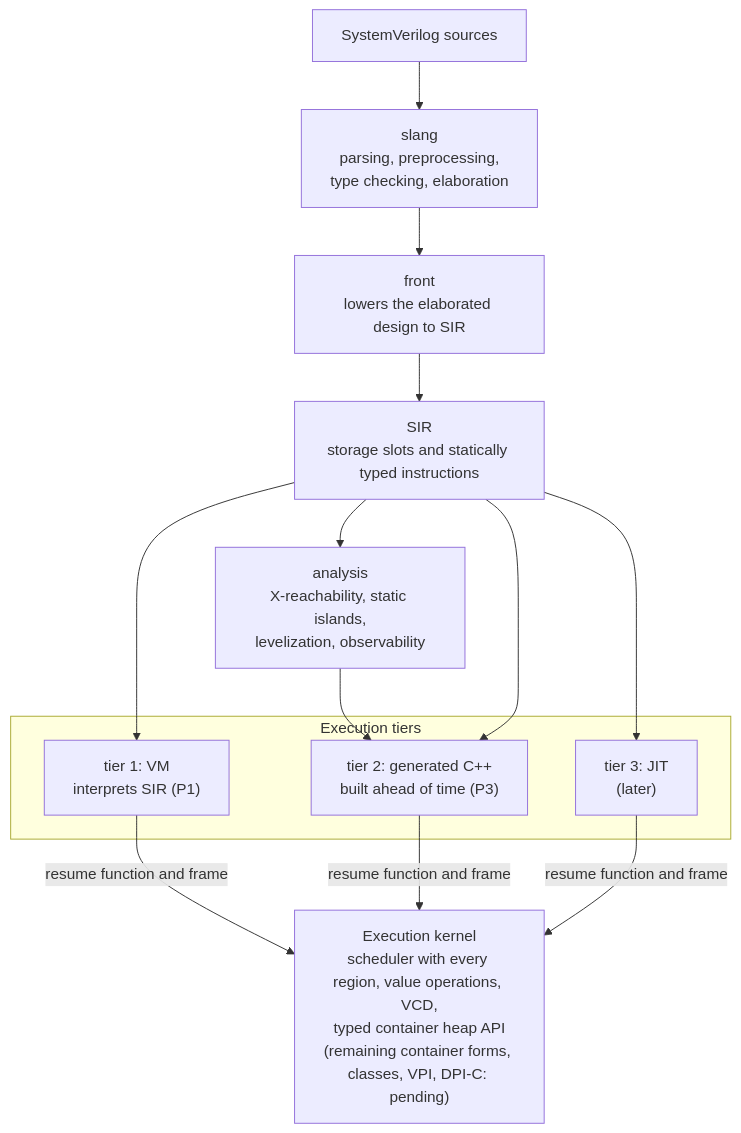
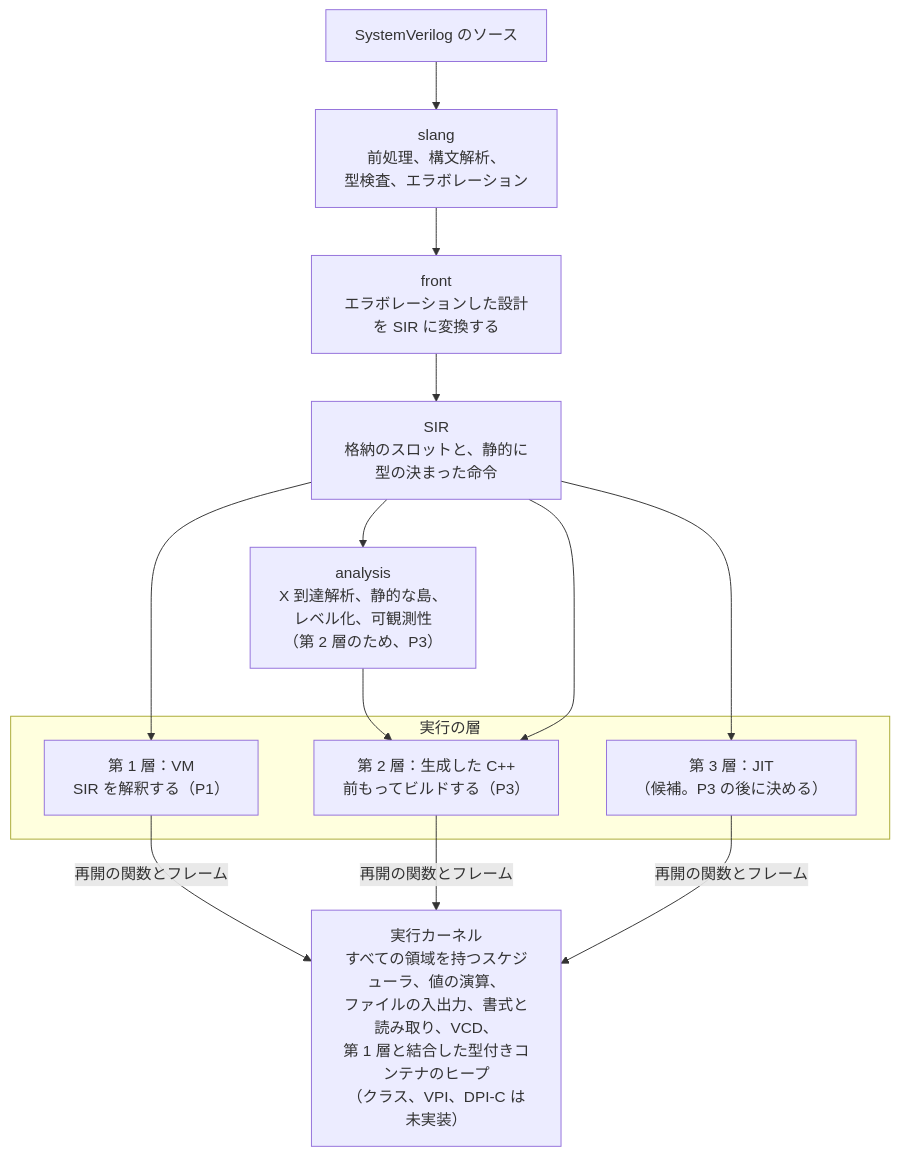
The diagram in README.ja.md (kurochan001/kirimasim), drawn with Mermaid before and after one commit. The commit also changed 3 other files, not shown here.

First line of the commit message:
Correct the How it works diagram, and make its four copies agree

````diff
--- a/README.ja.md
+++ b/README.ja.md
@@ -566,22 +566,22 @@
 ```mermaid
 flowchart TD
-    src["SystemVerilog sources"]
-    slang["slang<br/>parsing, preprocessing,<br/>type checking, elaboration"]
-    front["front<br/>lowers the elaborated design to SIR"]
-    sir["SIR<br/>storage slots and statically typed instructions"]
-    analysis["analysis<br/>X-reachability, static islands,<br/>levelization, observability"]
-    subgraph tiers["Execution tiers"]
-        t1["tier 1: VM<br/>interprets SIR (P1)"]
-        t2["tier 2: generated C++<br/>built ahead of time (P3)"]
-        t3["tier 3: JIT<br/>(later)"]
+    src["SystemVerilog のソース"]
+    slang["slang<br/>前処理、構文解析、<br/>型検査、エラボレーション"]
+    front["front<br/>エラボレーションした設計を SIR に変換する"]
+    sir["SIR<br/>格納のスロットと、静的に型の決まった命令"]
+    analysis["analysis<br/>X 到達解析、静的な島、<br/>レベル化、可観測性<br/>（第 2 層のため、P3）"]
+    subgraph tiers["実行の層"]
+        t1["第 1 層：VM<br/>SIR を解釈する（P1）"]
+        t2["第 2 層：生成した C++<br/>前もってビルドする（P3）"]
+        t3["第 3 層：JIT<br/>（候補。P3 の後に決める）"]
     end
-    kernel["Execution kernel<br/>scheduler with every region, value operations, VCD,<br/>typed container heap API<br/>(remaining container forms, classes, VPI, DPI-C: pending)"]
+    kernel["実行カーネル<br/>すべての領域を持つスケジューラ、値の演算、<br/>ファイルの入出力、書式と読み取り、VCD、<br/>第 1 層と結合した型付きコンテナのヒープ<br/>（クラス、VPI、DPI-C は未実装）"]
     src --> slang --> front --> sir
     sir --> t1
     sir --> analysis --> t2
     sir --> t2
     sir --> t3
-    t1 -->|"resume function and frame"| kernel
-    t2 -->|"resume function and frame"| kernel
-    t3 -->|"resume function and frame"| kernel
+    t1 -->|"再開の関数とフレーム"| kernel
+    t2 -->|"再開の関数とフレーム"| kernel
+    t3 -->|"再開の関数とフレーム"| kernel
 ```
````
